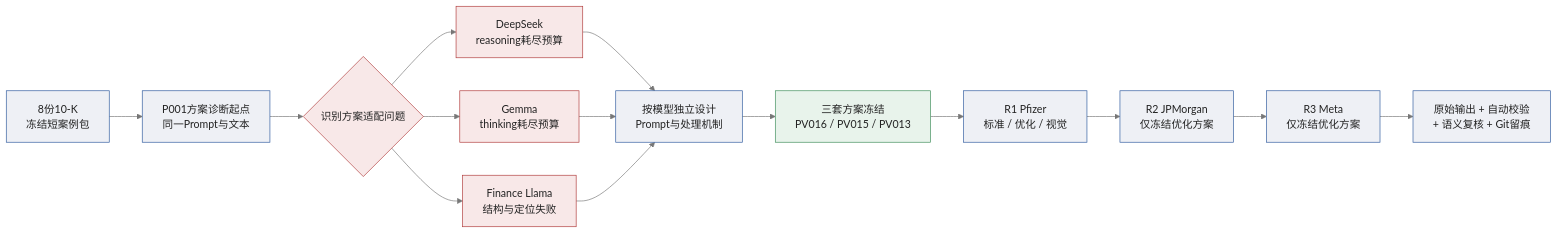
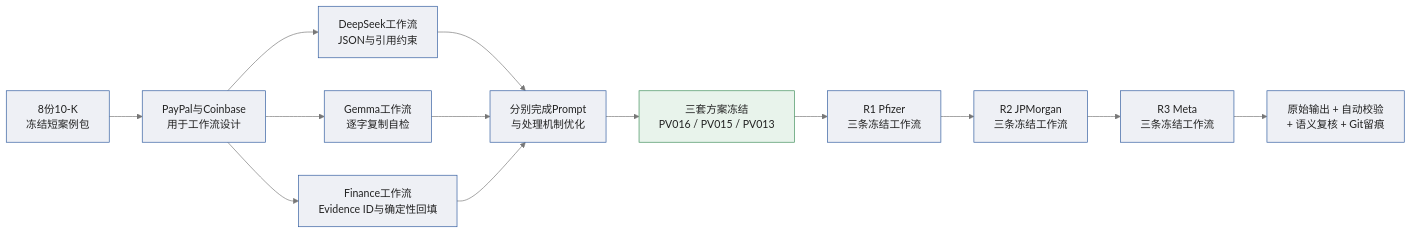
Before and after one commit to Alhabor/financial-filing-extraction: the diagram in report/visuals/src/experiment_route.mmd, drawn with Mermaid. The commit also changed 9 other files, not shown here.

```diff
--- a/report/visuals/src/experiment_route.mmd
+++ b/report/visuals/src/experiment_route.mmd
@@ -1,22 +1,21 @@
 %%{init: {"theme": "base", "themeVariables": {"fontFamily": "Arial Unicode MS", "primaryColor": "#EEF0F5", "primaryTextColor": "#222222", "primaryBorderColor": "#2E5A9E", "lineColor": "#777777"}}}%%
 flowchart LR
-  A[8份10-K<br/>冻结短案例包] --> B[P001方案诊断起点<br/>同一Prompt与文本]
-  B --> C{识别方案适配问题}
-  C --> D[DeepSeek<br/>reasoning耗尽预算]
-  C --> E[Gemma<br/>thinking耗尽预算]
-  C --> F[Finance Llama<br/>结构与定位失败]
-  D --> G[按模型独立设计<br/>Prompt与处理机制]
+  A[8份10-K<br/>冻结短案例包] --> B[PayPal与Coinbase<br/>用于工作流设计]
+  B --> D[DeepSeek工作流<br/>JSON与引用约束]
+  B --> E[Gemma工作流<br/>逐字复制自检]
+  B --> F[Finance工作流<br/>Evidence ID与确定性回填]
+  D --> G[分别完成Prompt<br/>与处理机制优化]
   E --> G
   F --> G
   G --> H[三套方案冻结<br/>PV016 / PV015 / PV013]
-  H --> I[R1 Pfizer<br/>标准 / 优化 / 视觉]
-  I --> J[R2 JPMorgan<br/>仅冻结优化方案]
-  J --> K[R3 Meta<br/>仅冻结优化方案]
+  H --> I[R1 Pfizer<br/>三条冻结工作流]
+  I --> J[R2 JPMorgan<br/>三条冻结工作流]
+  J --> K[R3 Meta<br/>三条冻结工作流]
   K --> L[原始输出 + 自动校验<br/>+ 语义复核 + Git留痕]
 
   classDef stage fill:#EEF0F5,stroke:#2E5A9E,color:#222222;
   classDef fail fill:#F8E8E8,stroke:#B03A3A,color:#222222;
   classDef freeze fill:#E8F3EB,stroke:#3E8E5A,color:#222222;
   class A,B,G,I,J,K,L stage;
-  class C,D,E,F fail;
+  class D,E,F stage;
   class H freeze;
```
